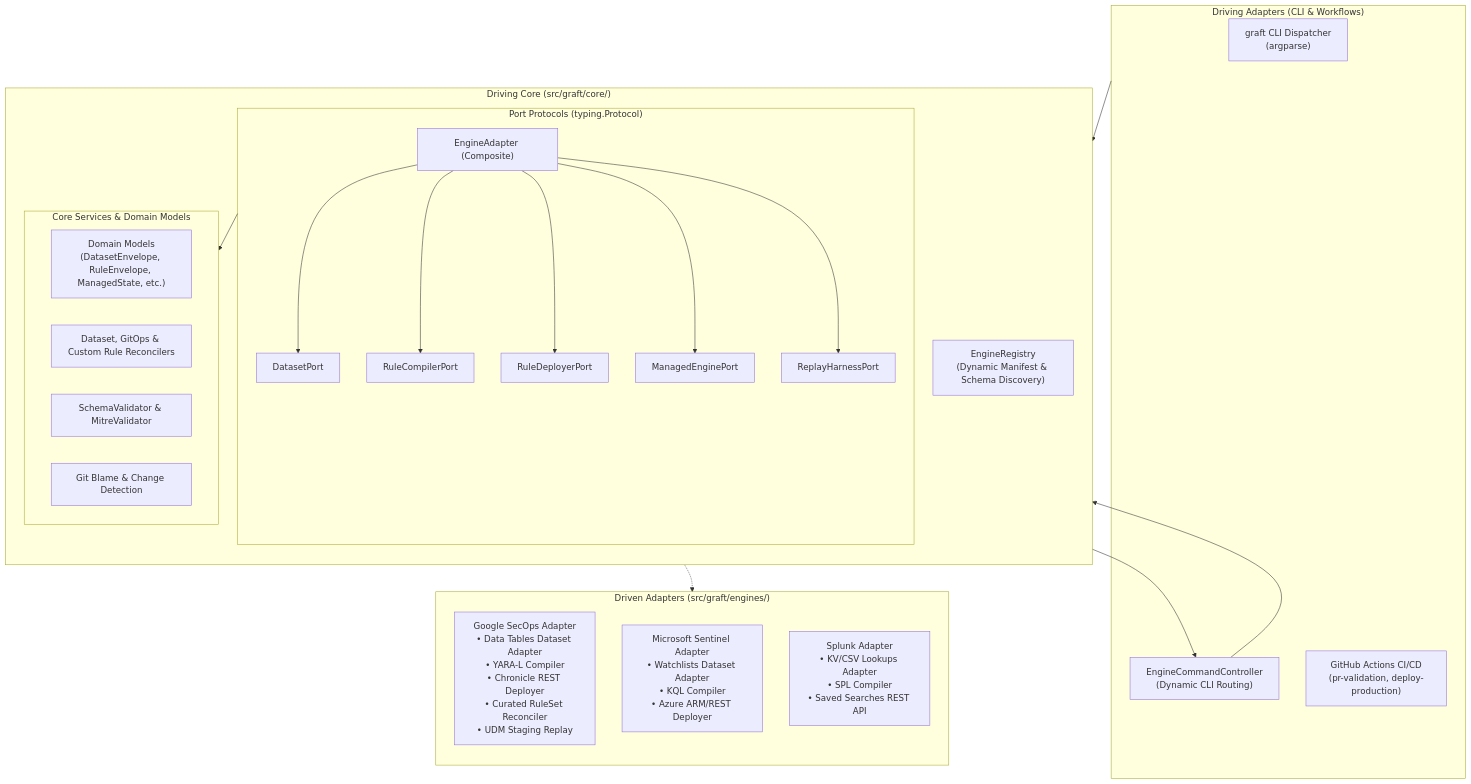
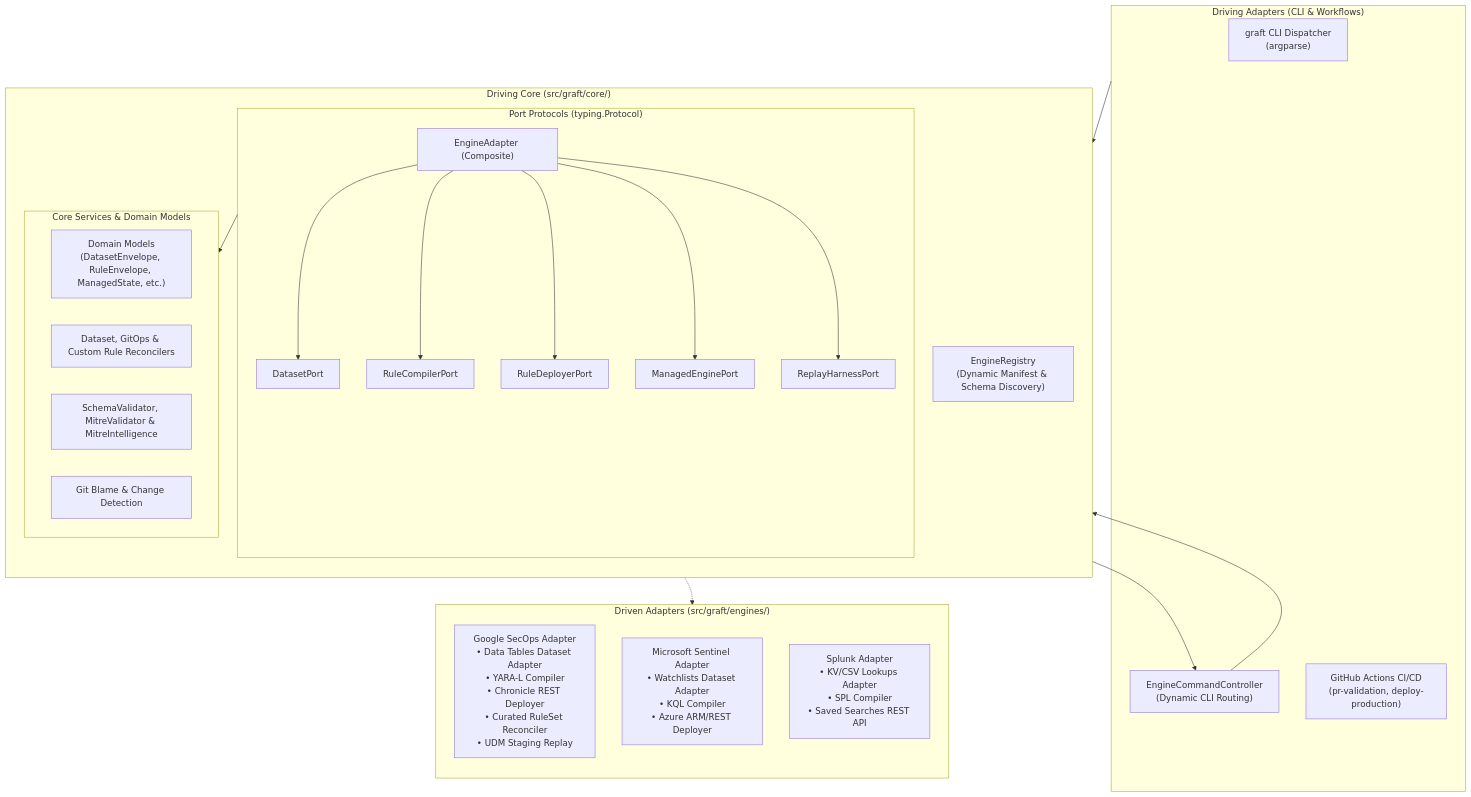
Before and after one commit to lopes/graft: the first of 3 diagrams in docs/developers/framework.md, drawn with Mermaid. The commit also changed other lines of this file and 32 other files, not shown here.

````diff
--- a/docs/developers/framework.md
+++ b/docs/developers/framework.md
@@ -15,47 +15,47 @@
 ```mermaid
 flowchart TD
     subgraph DrivingAdapters["Driving Adapters (CLI & Workflows)"]
         CLI["graft CLI Dispatcher<br/>(argparse)"]
         ENGINE_CTRL["EngineCommandController<br/>(Dynamic CLI Routing)"]
         GHA["GitHub Actions CI/CD<br/>(pr-validation, deploy-production)"]
     end
 
     subgraph DrivingCore["Driving Core (src/graft/core/)"]
         direction TB
         REGISTRY["EngineRegistry<br/>(Dynamic Manifest & Schema Discovery)"]
         
         subgraph Ports["Port Protocols (typing.Protocol)"]
             P_ADAPTER["EngineAdapter (Composite)"]
             P_DATASET["DatasetPort"]
             P_COMPILER["RuleCompilerPort"]
             P_DEPLOYER["RuleDeployerPort"]
             P_MANAGED["ManagedEnginePort"]
             P_REPLAY["ReplayHarnessPort"]
         end
 
         subgraph CoreServices["Core Services & Domain Models"]
             MODELS["Domain Models<br/>(DatasetEnvelope, RuleEnvelope, ManagedState, etc.)"]
             RECONCILER["Dataset, GitOps &amp; Custom Rule Reconcilers"]
-            VALIDATORS["SchemaValidator &amp; MitreValidator"]
+            VALIDATORS["SchemaValidator, MitreValidator &amp; MitreIntelligence"]
             VCS["Git Blame &amp; Change Detection"]
         end
     end
 
     subgraph DrivenAdapters["Driven Adapters (src/graft/engines/)"]
         direction TB
         SECOPS["Google SecOps Adapter<br/>• Data Tables Dataset Adapter<br/>• YARA-L Compiler<br/>• Chronicle REST Deployer<br/>• Curated RuleSet Reconciler<br/>• UDM Staging Replay"]
         SENTINEL["Microsoft Sentinel Adapter<br/>• Watchlists Dataset Adapter<br/>• KQL Compiler<br/>• Azure ARM/REST Deployer"]
         SPLUNK["Splunk Adapter<br/>• KV/CSV Lookups Adapter<br/>• SPL Compiler<br/>• Saved Searches REST API"]
     end
 
     DrivingAdapters --> REGISTRY
     REGISTRY --> ENGINE_CTRL
     ENGINE_CTRL --> P_ADAPTER
     P_ADAPTER --> P_DATASET
     P_ADAPTER --> P_COMPILER
     P_ADAPTER --> P_DEPLOYER
     P_ADAPTER --> P_MANAGED
     P_ADAPTER --> P_REPLAY
     Ports --> CoreServices
     Ports -.-> DrivenAdapters
 ```
````
